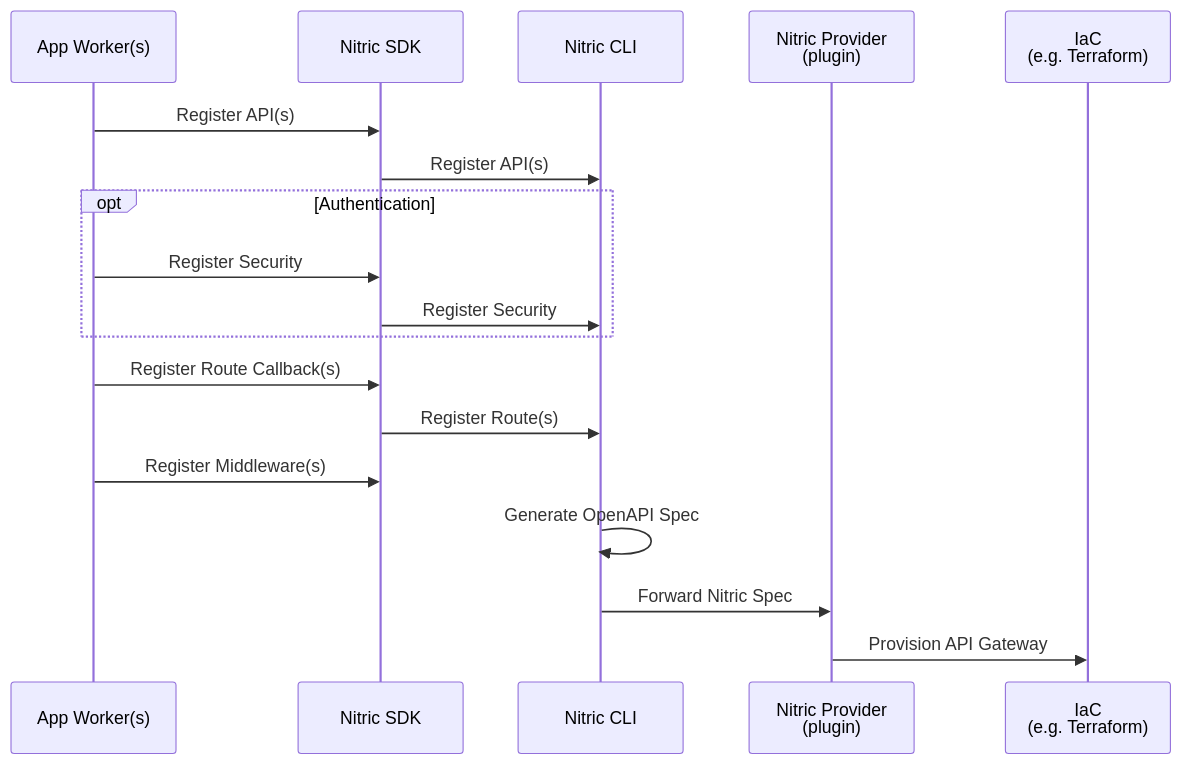
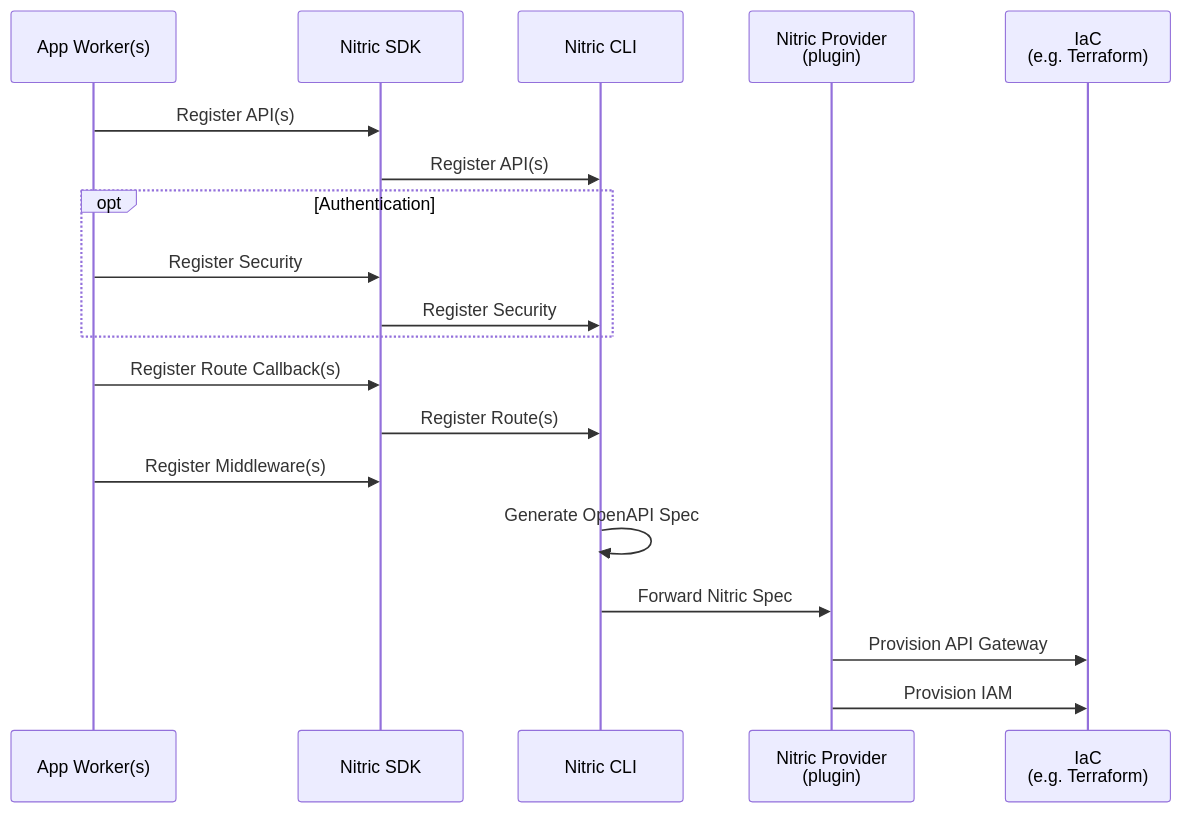
One commit to nitrictech/docs changed the third of 4 diagrams in docs/architecture/apis.mdx. Above: the diagram before and after it, drawn with Mermaid. The commit also changed 2 other files, not shown here.

Commit message:
update ws and sql sequences

````diff
--- a/docs/architecture/apis.mdx
+++ b/docs/architecture/apis.mdx
@@ -93,24 +93,25 @@
 ```mermaid
 sequenceDiagram
   participant Worker as App Worker(s)
   participant SDK as Nitric SDK
   participant Nitric as Nitric CLI
   participant Provider as Nitric Provider <br> (plugin)
   participant IAC as IaC <br> (e.g. Terraform)
 
   Worker->>SDK: Register API(s)
   SDK->>Nitric: Register API(s)
 
   opt Authentication
     Worker->>SDK: Register Security
     SDK->>Nitric: Register Security
   end
 
   Worker->>SDK: Register Route Callback(s)
   SDK->>Nitric: Register Route(s)
   Worker->>SDK: Register Middleware(s)
 
   Nitric->>Nitric: Generate OpenAPI Spec
   Nitric->>Provider: Forward Nitric Spec
   Provider->>IAC: Provision API Gateway
+  Provider->>IAC: Provision IAM
 ```
````
